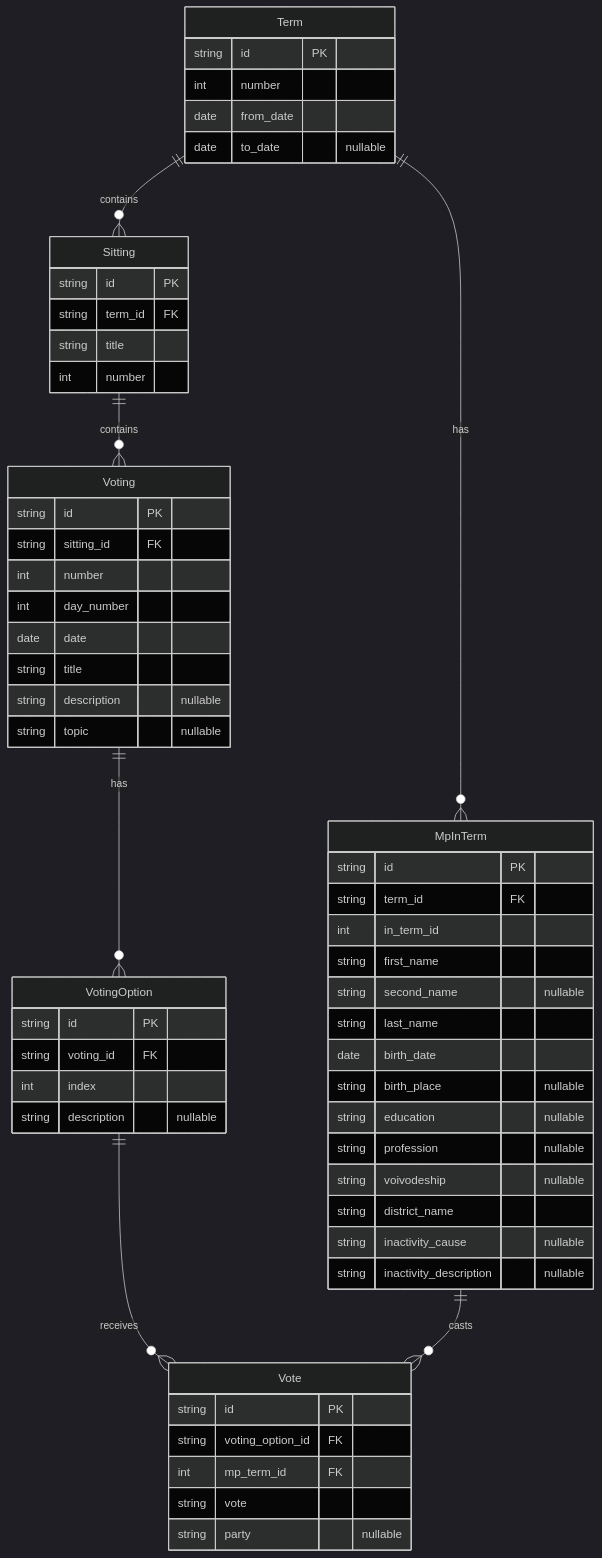
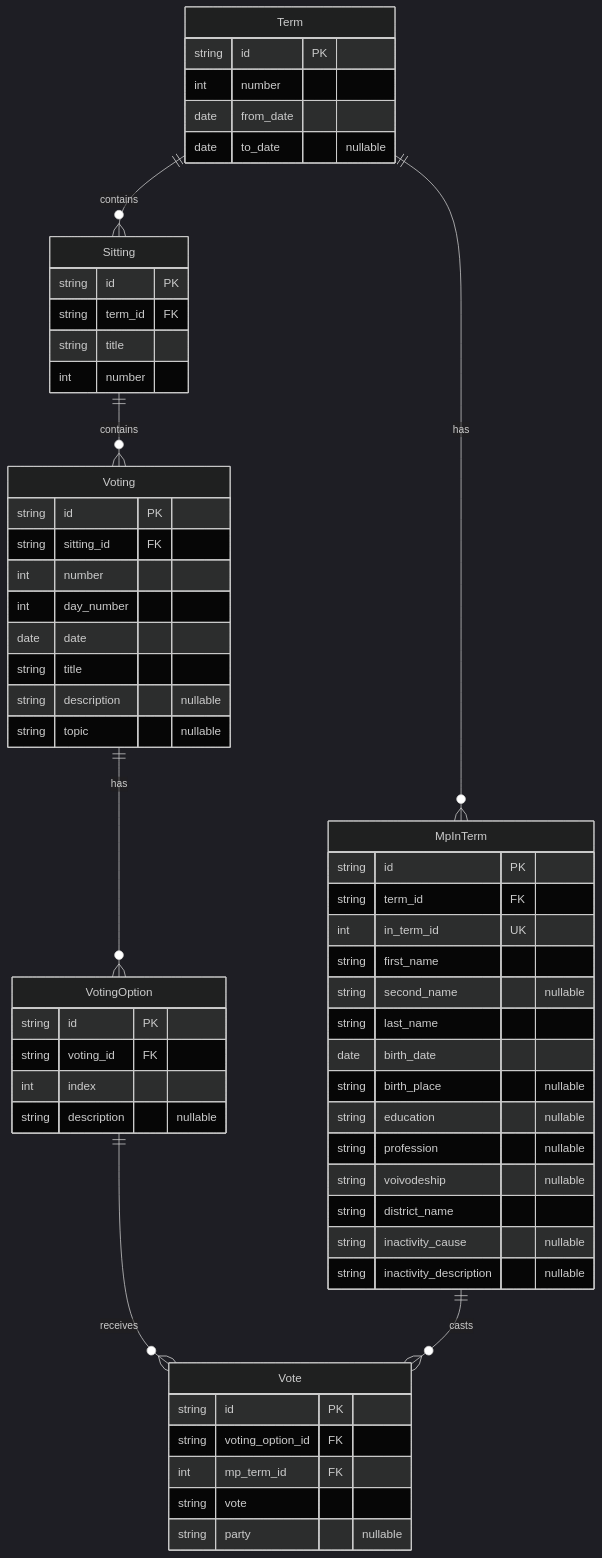
The diagram in README.md (LuxF3rre/sejm_scraper), drawn with Mermaid (dark theme) before and after one commit. The commit also changed 1 other file, not shown here.

Commit message:
fix: added unique constrain

````diff
--- a/README.md
+++ b/README.md
@@ -44,67 +44,67 @@
 ```mermaid
 erDiagram
     Term {
         string id PK
         int number
         date from_date
         date to_date "nullable"
     }
 
     Sitting {
         string id PK
         string term_id FK
         string title
         int number
     }
 
     Voting {
         string id PK
         string sitting_id FK
         int number
         int day_number
         date date
         string title
         string description "nullable"
         string topic "nullable"
     }
 
     VotingOption {
         string id PK
         string voting_id FK
         int index
         string description "nullable"
     }
 
     Vote {
         string id PK
         string voting_option_id FK
         int mp_term_id FK
         string vote
         string party "nullable"
     }
 
     MpInTerm {
         string id PK
         string term_id FK
-        int in_term_id
+        int in_term_id UK
         string first_name
         string second_name "nullable"
         string last_name
         date birth_date
         string birth_place "nullable"
         string education "nullable"
         string profession "nullable"
         string voivodeship "nullable"
         string district_name
         string inactivity_cause "nullable"
         string inactivity_description "nullable"
     }
 
     %% Relationships
     Term ||--o{ Sitting : "contains"
     Term ||--o{ MpInTerm : "has"
     Sitting ||--o{ Voting : "contains"
     Voting ||--o{ VotingOption : "has"
     VotingOption ||--o{ Vote : "receives"
     MpInTerm ||--o{ Vote : "casts"
 ```
````
